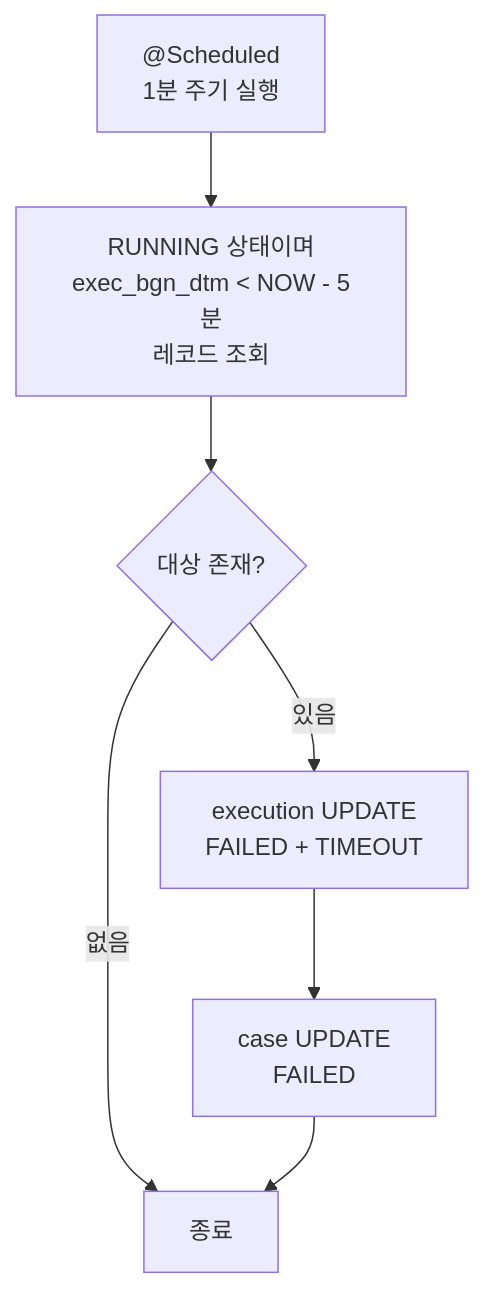
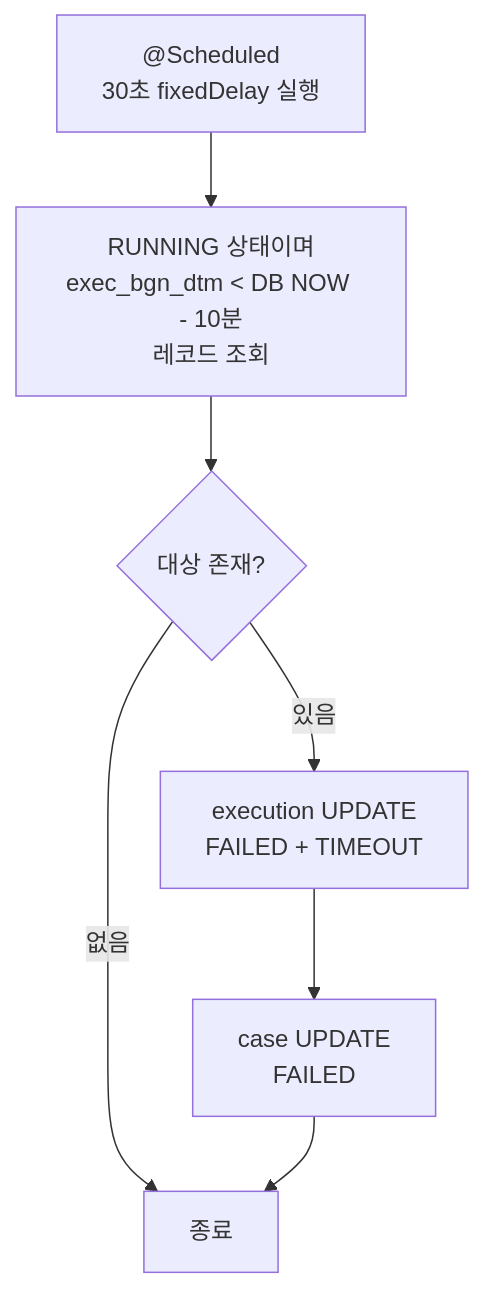
The third of 4 diagrams in docs/design-docs/gas/scenario-case-execution-workflow-design-draft.md (enkhbaatarL/backtend), drawn with Mermaid before and after one commit. The commit also changed other lines of this file and 10 other files, not shown here.

````diff
--- a/docs/design-docs/gas/scenario-case-execution-workflow-design-draft.md
+++ b/docs/design-docs/gas/scenario-case-execution-workflow-design-draft.md
@@ -456,9 +462,9 @@
 ```mermaid
 flowchart TD
-    A["@Scheduled\n1분 주기 실행"] --> B["RUNNING 상태이며\nexec_bgn_dtm < NOW - 5분\n레코드 조회"]
+    A["@Scheduled\n30초 fixedDelay 실행"] --> B["RUNNING 상태이며\nexec_bgn_dtm < DB NOW - 10분\n레코드 조회"]
     B --> C{대상 존재?}
     C -- 없음 --> Z[종료]
     C -- 있음 --> D["execution UPDATE\nFAILED + TIMEOUT"]
     D --> E["case UPDATE\nFAILED"]
     E --> Z
 ```
````
